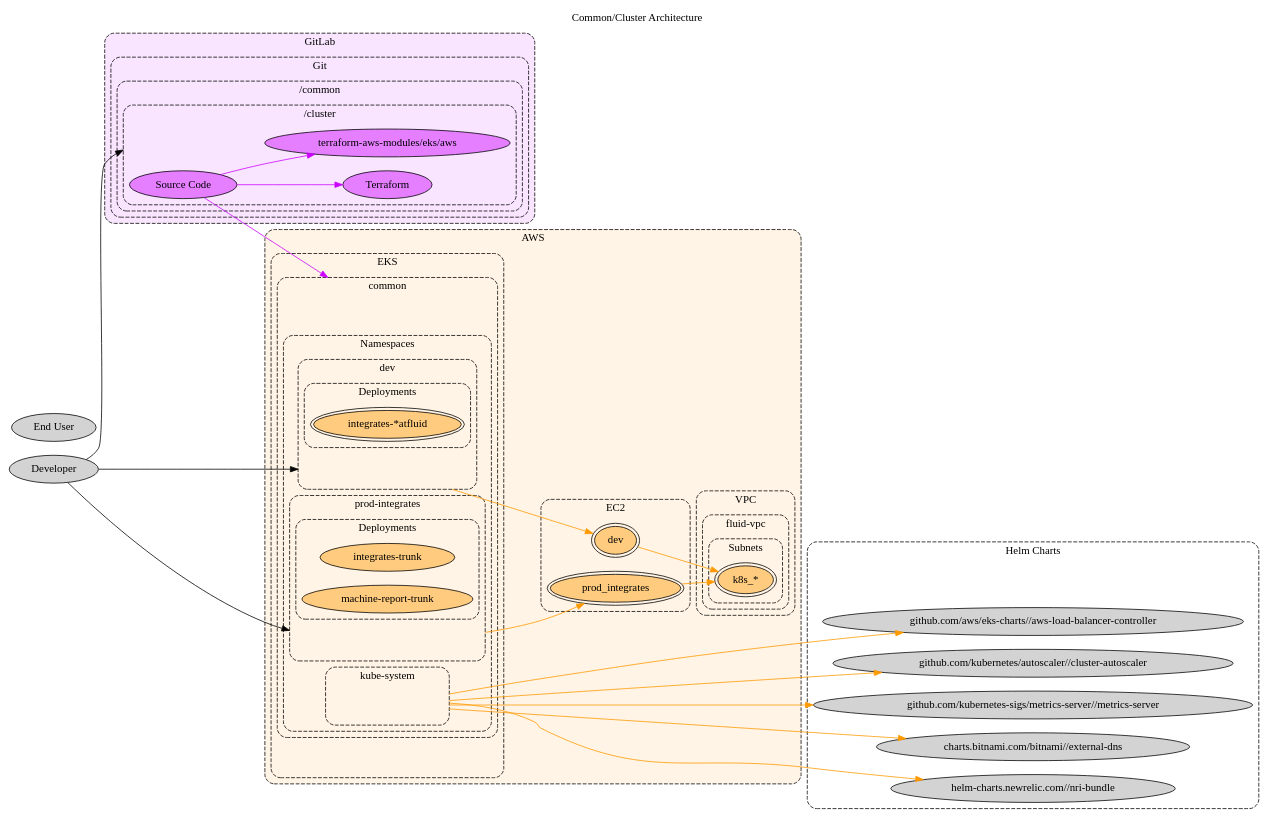
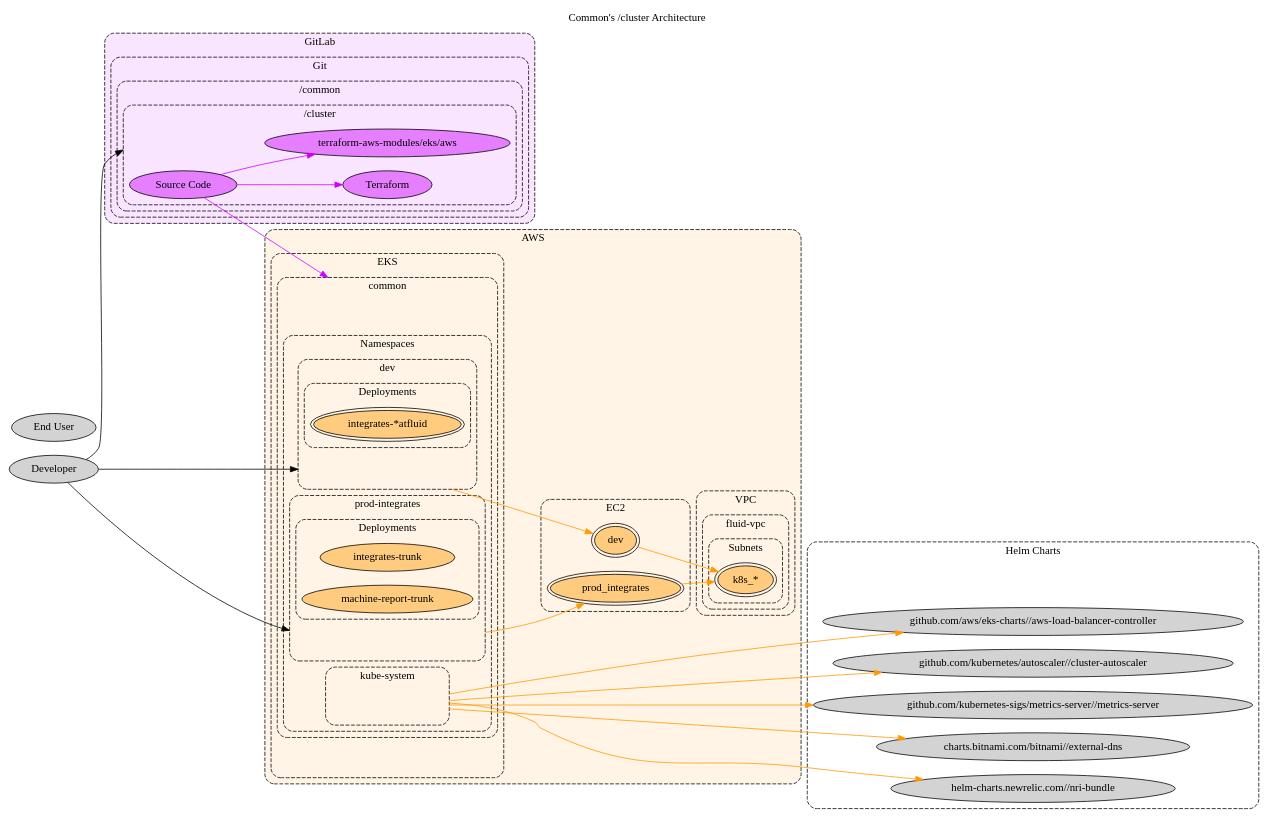
Before and after one commit to jeanbaptistemora/fluidattacks-universe2: the diagram in docs/src/docs/development/products/common-cluster-arch.dot, drawn with Graphviz. The commit also changed 4 other files, not shown here.

```diff
--- a/docs/src/docs/development/products/common-cluster-arch.dot
+++ b/docs/src/docs/development/products/common-cluster-arch.dot
@@ -1,161 +1,161 @@
 // SPDX-FileCopyrightText: 2022 Fluid Attacks <development@fluidattacks.com>
 //
 // SPDX-License-Identifier: MPL-2.0
 
 digraph common {
-  label="Common/Cluster Architecture"
+  label="Common's /cluster Architecture"
   labelloc="t"
   compound="true"
   // concentrate="true"
   rankdir="LR"
   scale="scalexy"
 
   node[style="filled"]
   graph[style="dashed,rounded"]
 
   subgraph cluster_aws {
     label="AWS"
     bgcolor="0.1 0.1 1.0"
     node[fillcolor="0.1 0.5 1.0"]
 
     subgraph cluster_aws_ec2 {
       label="EC2"
 
       aws_ec2_dev[label="dev" peripheries="2"]
       aws_ec2_prod_integrates[label="prod_integrates" peripheries="2"]
     }
 
     subgraph cluster_aws_eks {
       label="EKS"
 
       cluster_aws_eks[label="" style="invis"]
 
       subgraph cluster_aws_eks_common {
         label="common"
 
         cluster_aws_eks_common[label="" style="invis"]
 
         subgraph cluster_aws_eks_common_worker_groups {
           label="Worker Groups"
         }
 
         subgraph cluster_aws_eks_common_namespaces {
           label="Namespaces"
 
           subgraph cluster_aws_eks_common_namespaces_dev {
             label="dev"
 
             cluster_aws_eks_common_namespaces_dev[label="" style="invis"]
 
             subgraph cluster_aws_eks_common_namespaces_dev_deployments {
               label="Deployments"
 
               aws_eks_common_namespaces_dev_deployments_integrates_atfluid[label="integrates-*atfluid" peripheries="2"]
             }
           }
 
           subgraph cluster_aws_eks_common_namespaces_kube_system {
             label="kube-system"
 
             cluster_aws_eks_common_namespaces_kube_system[label="" style="invis" width="2.0"]
           }
 
           subgraph cluster_aws_eks_common_namespaces_prod_integrates {
             label="prod-integrates"
             cluster_aws_eks_common_namespaces_prod_integrates[label="" style="invis"]
 
             subgraph cluster_aws_eks_common_namespaces_prod_integrates_deployments {
               label="Deployments"
 
               aws_eks_common_namespaces_prod_integrates_deployments_integrates_trunk[label="integrates-trunk"]
               aws_eks_common_namespaces_prod_integrates_deployments_machine_report_trunk[label="machine-report-trunk"]
             }
           }
         }
       }
     }
 
     subgraph cluster_aws_vpc {
       label="VPC"
 
       subgraph cluster_aws_vpc_fluid_vpc {
         label="fluid-vpc"
 
         subgraph cluster_aws_vpc_fluid_vpc_subnets {
           label="Subnets"
 
           cluster_aws_vpc_fluid_vpc_subnets_k8s[label="k8s_*", peripheries="2"]
         }
       }
     }
   }
 
   subgraph cluster_cloudflare {
     label="Cloudflare"
     bgcolor="0.6 0.1 1.0"
     node[fillcolor="0.6 0.5 1.0"]
   }
 
   subgraph cluster_gitlab {
     label="GitLab"
     bgcolor="0.8 0.1 1.0"
     node[fillcolor="0.8 0.5 1.0"]
 
     subgraph cluster_gitlab_git {
       label="Git"
 
       subgraph cluster_gitlab_git_common {
         label="/common"
 
         subgraph cluster_gitlab_git_common_cluster {
           label="/cluster"
 
           cluster_gitlab_git_common_cluster[label="" style="invis"]
           gitlab_git_common_cluster[label="Source Code"]
           gitlab_git_common_cluster_terraform[label="Terraform"]
           gitlab_git_common_cluster_terraform_terraform_aws_modules_eks_aws[label="terraform-aws-modules/eks/aws"]
         }
       }
     }
   }
 
   subgraph cluster_helm {
     label="Helm Charts"
 
     cluster_helm[label="" style="invis"]
     helm_aws_load_balancer_controller[label="github.com/aws/eks-charts//aws-load-balancer-controller"]
     helm_cluster_autoscaler[label="github.com/kubernetes/autoscaler//cluster-autoscaler"]
     helm_metrics_server[label="github.com/kubernetes-sigs/metrics-server//metrics-server"]
     helm_external_dns[label="charts.bitnami.com/bitnami//external-dns"]
     helm_nri_bundle[label="helm-charts.newrelic.com//nri-bundle"]
   }
 
   cluster_aws_vpc_fluid_vpc_subnets_k8s -> cluster_helm[style="invis"]
 
   edge[color="0.1 1.0 1.0"]
   aws_ec2_dev -> cluster_aws_vpc_fluid_vpc_subnets_k8s[]
   aws_ec2_prod_integrates -> cluster_aws_vpc_fluid_vpc_subnets_k8s[]
   cluster_aws_eks_common_namespaces_dev -> aws_ec2_dev[ltail="cluster_aws_eks_common_namespaces_dev"]
   cluster_aws_eks_common_namespaces_kube_system -> helm_aws_load_balancer_controller[ltail="cluster_aws_eks_common_namespaces_kube_system"]
   cluster_aws_eks_common_namespaces_kube_system -> helm_cluster_autoscaler[ltail="cluster_aws_eks_common_namespaces_kube_system"]
   cluster_aws_eks_common_namespaces_kube_system -> helm_metrics_server[ltail="cluster_aws_eks_common_namespaces_kube_system"]
   cluster_aws_eks_common_namespaces_kube_system -> helm_external_dns[ltail="cluster_aws_eks_common_namespaces_kube_system"]
   cluster_aws_eks_common_namespaces_kube_system -> helm_nri_bundle[ltail="cluster_aws_eks_common_namespaces_kube_system"]
   cluster_aws_eks_common_namespaces_prod_integrates -> aws_ec2_prod_integrates[ltail="cluster_aws_eks_common_namespaces_prod_integrates"]
 
   edge[color="0.6 1.0 1.0"]
 
   edge[color="0.8 1.0 1.0"]
   gitlab_git_common_cluster -> cluster_aws_eks_common[lhead="cluster_aws_eks_common"]
   gitlab_git_common_cluster -> gitlab_git_common_cluster_terraform[]
   gitlab_git_common_cluster -> gitlab_git_common_cluster_terraform_terraform_aws_modules_eks_aws[]
 
   node[fillcolor="/x11/lightgray"]
   customer[label="End User"]
   developer[label="Developer"]
 
   edge[color="/x11/black"]
   developer -> cluster_aws_eks_common_namespaces_dev[lhead="cluster_aws_eks_common_namespaces_dev"]
   developer -> cluster_aws_eks_common_namespaces_prod_integrates[lhead="cluster_aws_eks_common_namespaces_prod_integrates"]
   developer -> cluster_gitlab_git_common_cluster[lhead="cluster_gitlab_git_common_cluster"]
 }
```
